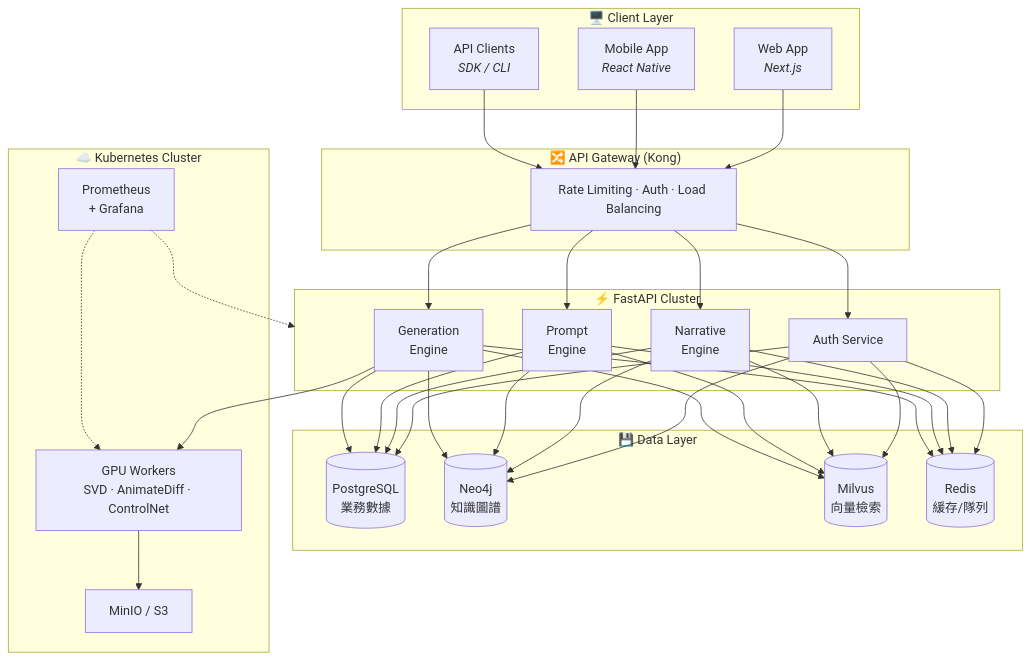
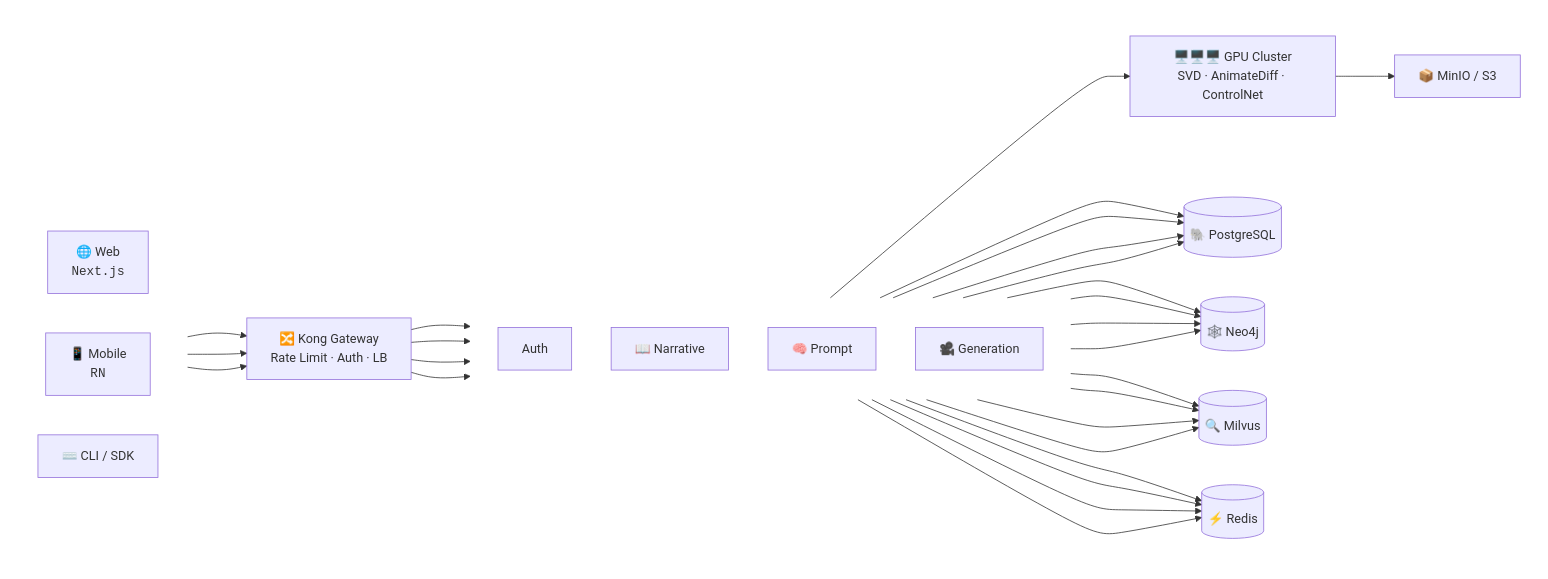
Before and after one commit to iiooiioo888/AI_test: the first of 3 diagrams in README.md, drawn with Mermaid. The commit also changed other lines of this file, not shown here.

Commit message:
docs: second modernization pass — feature cards, cleaner tables, better flow

````diff
--- a/README.md
+++ b/README.md
@@ -37,40 +93,45 @@
 ```mermaid
-graph TB
-    subgraph Client["🖥️ Client Layer"]
-        WEB["Web App<br/><i>Next.js</i>"]
-        MOB["Mobile App<br/><i>React Native</i>"]
-        SDK["API Clients<br/><i>SDK / CLI</i>"]
+graph LR
+    subgraph clients[" "]
+        direction LR
+        WEB["🌐 Web<br/><code>Next.js</code>"]
+        MOB["📱 Mobile<br/><code>RN</code>"]
+        CLI["⌨️ CLI / SDK"]
     end
 
-    subgraph Gateway["🔀 API Gateway (Kong)"]
-        GW["Rate Limiting · Auth · Load Balancing"]
+    subgraph api[" "]
+        GW["🔀 Kong Gateway<br/>Rate Limit · Auth · LB"]
     end
 
-    subgraph Services["⚡ FastAPI Cluster"]
-        AUTH["Auth Service"]
-        NARR["Narrative<br/>Engine"]
-        PROM["Prompt<br/>Engine"]
-        GEN["Generation<br/>Engine"]
+    subgraph services[" "]
+        direction TB
+        S1["Auth"]
+        S2["📖 Narrative"]
+        S3["🧠 Prompt"]
+        S4["🎥 Generation"]
     end
 
-    subgraph Data["💾 Data Layer"]
-        PG[("PostgreSQL<br/>業務數據")]
-        N4J[("Neo4j<br/>知識圖譜")]
-        MIL[("Milvus<br/>向量檢索")]
-        RDS[("Redis<br/>緩存/隊列")]
+    subgraph data[" "]
+        PG[("🐘 PostgreSQL")]
+        N4J[("🕸️ Neo4j")]
+        MIL[("🔍 Milvus")]
+        RDS[("⚡ Redis")]
     end
 
-    subgraph Infra["☁️ Kubernetes Cluster"]
-        GPU["GPU Workers<br/>SVD · AnimateDiff · ControlNet"]
-        S3["MinIO / S3"]
-        MON["Prometheus<br/>+ Grafana"]
+    subgraph compute[" "]
+        GPU["🖥️🖥️🖥️ GPU Cluster<br/>SVD · AnimateDiff · ControlNet"]
+        S3B["📦 MinIO / S3"]
     end
 
-    WEB & MOB & SDK --> GW
-    GW --> AUTH & NARR & PROM & GEN
-    AUTH & NARR & PROM & GEN --> PG & N4J & MIL & RDS
-    GEN --> GPU
-    GPU --> S3
-    MON -.-> Services
-    MON -.-> GPU
+    WEB & MOB & CLI --> GW
+    GW --> S1 & S2 & S3 & S4
+    S1 & S2 & S3 & S4 --> PG & N4J & MIL & RDS
+    S4 --> GPU
+    GPU --> S3B
+
+    style clients fill:none,stroke:none
+    style api fill:none,stroke:none
+    style services fill:none,stroke:none
+    style data fill:none,stroke:none
+    style compute fill:none,stroke:none
 ```
````
